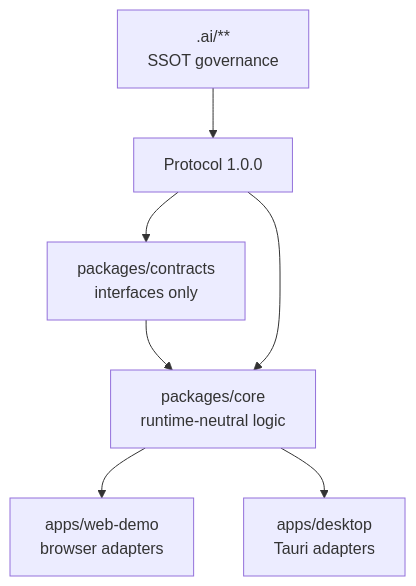
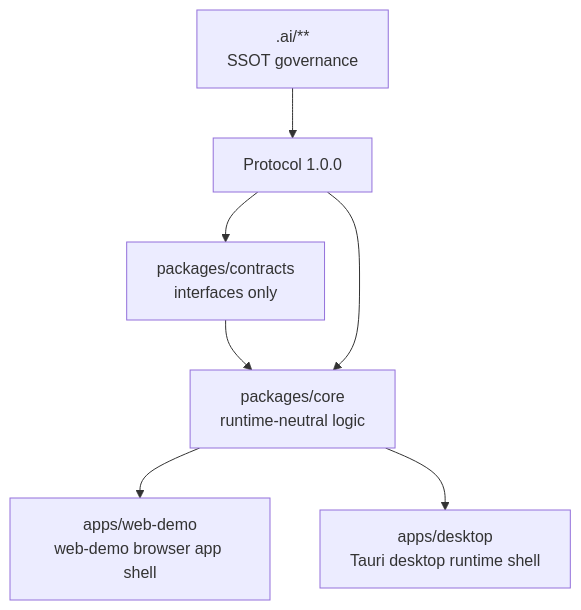
The diagram in docs/generated/diagrams/runtime-topology.mmd (ichichuang/ccd), drawn with Mermaid before and after one commit. The commit also changed 74 other files, not shown here.

```diff
--- a/docs/generated/diagrams/runtime-topology.mmd
+++ b/docs/generated/diagrams/runtime-topology.mmd
@@ -1,7 +1,7 @@
 graph TD
   Contracts[packages/contracts\ninterfaces only] --> Core[packages/core\nruntime-neutral logic]
-  Core --> Web[apps/web-demo\nbrowser adapters]
-  Core --> Desktop[apps/desktop\nTauri adapters]
+  Core --> Web[apps/web-demo\nweb-demo browser app shell]
+  Core --> Desktop[apps/desktop\nTauri desktop runtime shell]
   AI[.ai/**\nSSOT governance] --> Protocol[Protocol 1.0.0]
   Protocol --> Contracts
   Protocol --> Core
```
